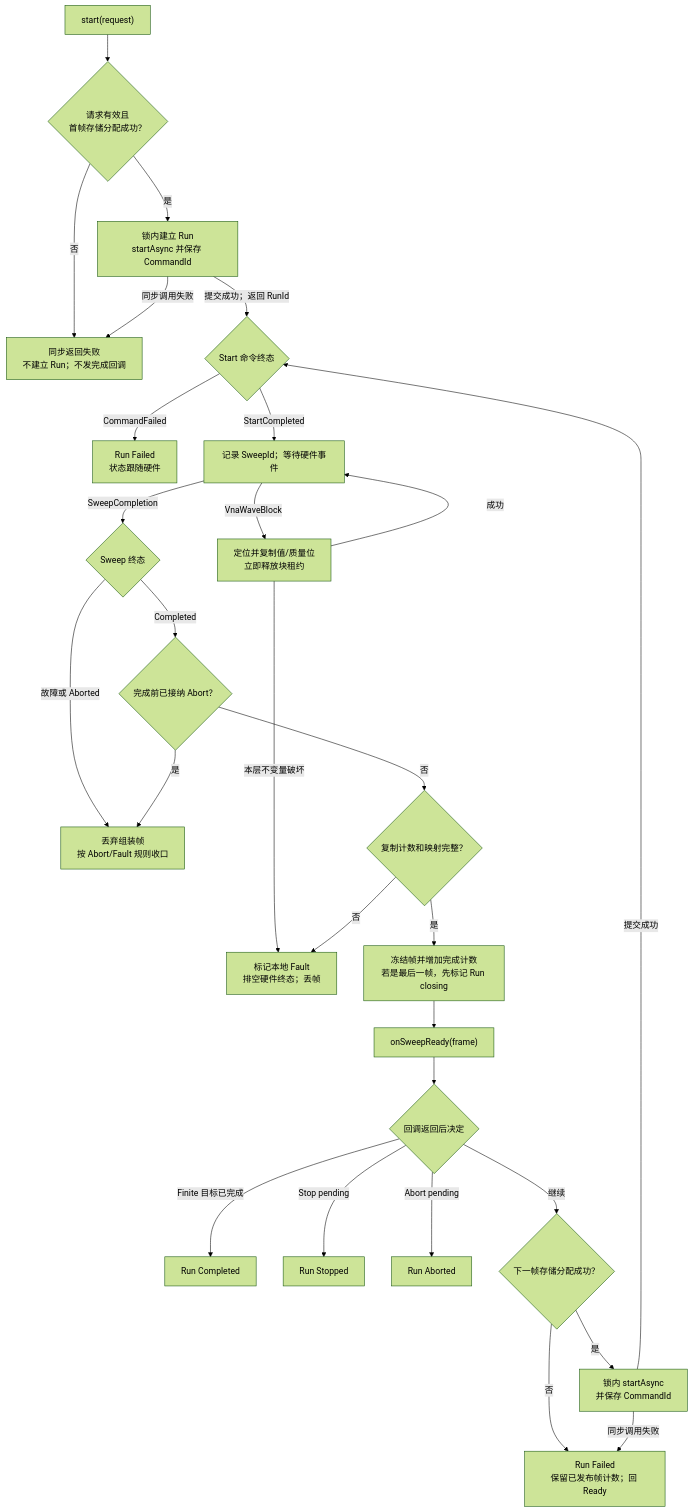
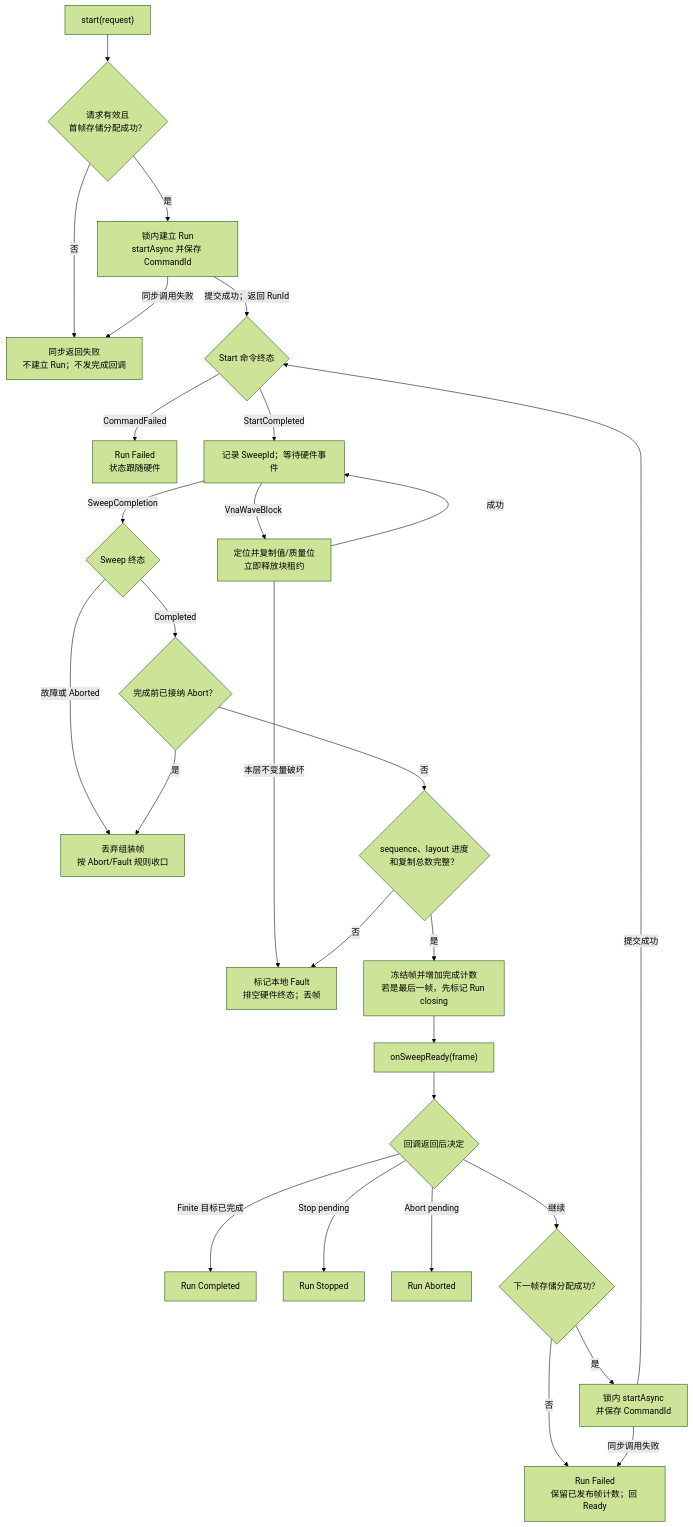
Before and after one commit to aniping/VnaPro: the fourth of 5 diagrams in docs/原始波采集层软件设计.md, drawn with Mermaid (forest theme). The commit also changed other lines of this file and 5 other files, not shown here.

````diff
--- a/docs/原始波采集层软件设计.md
+++ b/docs/原始波采集层软件设计.md
@@ -461,32 +473,32 @@
 ```mermaid
 flowchart TD
     Start["start(request)"] --> FirstBuffer{"请求有效且<br/>首帧存储分配成功？"}
     FirstBuffer -->|否| SynchronousFailure["同步返回失败<br/>不建立 Run；不发完成回调"]
     FirstBuffer -->|是| FirstSubmit["锁内建立 Run<br/>startAsync 并保存 CommandId"]
     FirstSubmit -->|同步调用失败| SynchronousFailure
     FirstSubmit -->|提交成功；返回 RunId| StartEvent{"Start 命令终态"}
     StartEvent -->|CommandFailed| StartFailed["Run Failed<br/>状态跟随硬件"]
     StartEvent -->|StartCompleted| Receive["记录 SweepId；等待硬件事件"]
 
     Receive -->|VnaWaveBlock| Copy["定位并复制值/质量位<br/>立即释放块租约"]
     Copy -->|成功| Receive
     Copy -->|本层不变量破坏| LocalFault["标记本地 Fault<br/>排空硬件终态；丢帧"]
 
     Receive -->|SweepCompletion| Reason{"Sweep 终态"}
     Reason -->|故障或 Aborted| NoFrame["丢弃组装帧<br/>按 Abort/Fault 规则收口"]
     Reason -->|Completed| AbortAccepted{"完成前已接纳 Abort？"}
     AbortAccepted -->|是| NoFrame
-    AbortAccepted -->|否| Complete{"复制计数和映射完整？"}
+    AbortAccepted -->|否| Complete{"sequence、layout 进度<br/>和复制总数完整？"}
     Complete -->|否| LocalFault
     Complete -->|是| Commit["冻结帧并增加完成计数<br/>若是最后一帧，先标记 Run closing"]
     Commit --> Notify["onSweepReady(frame)"]
     Notify --> Decide{"回调返回后决定"}
     Decide -->|Finite 目标已完成| Done["Run Completed"]
     Decide -->|Stop pending| Stopped["Run Stopped"]
     Decide -->|Abort pending| Aborted["Run Aborted"]
     Decide -->|继续| NextBuffer{"下一帧存储分配成功？"}
     NextBuffer -->|否| LaterFailed["Run Failed<br/>保留已发布帧计数；回 Ready"]
     NextBuffer -->|是| NextSubmit["锁内 startAsync<br/>并保存 CommandId"]
     NextSubmit -->|同步调用失败| LaterFailed
     NextSubmit -->|提交成功| StartEvent
 ```
````
